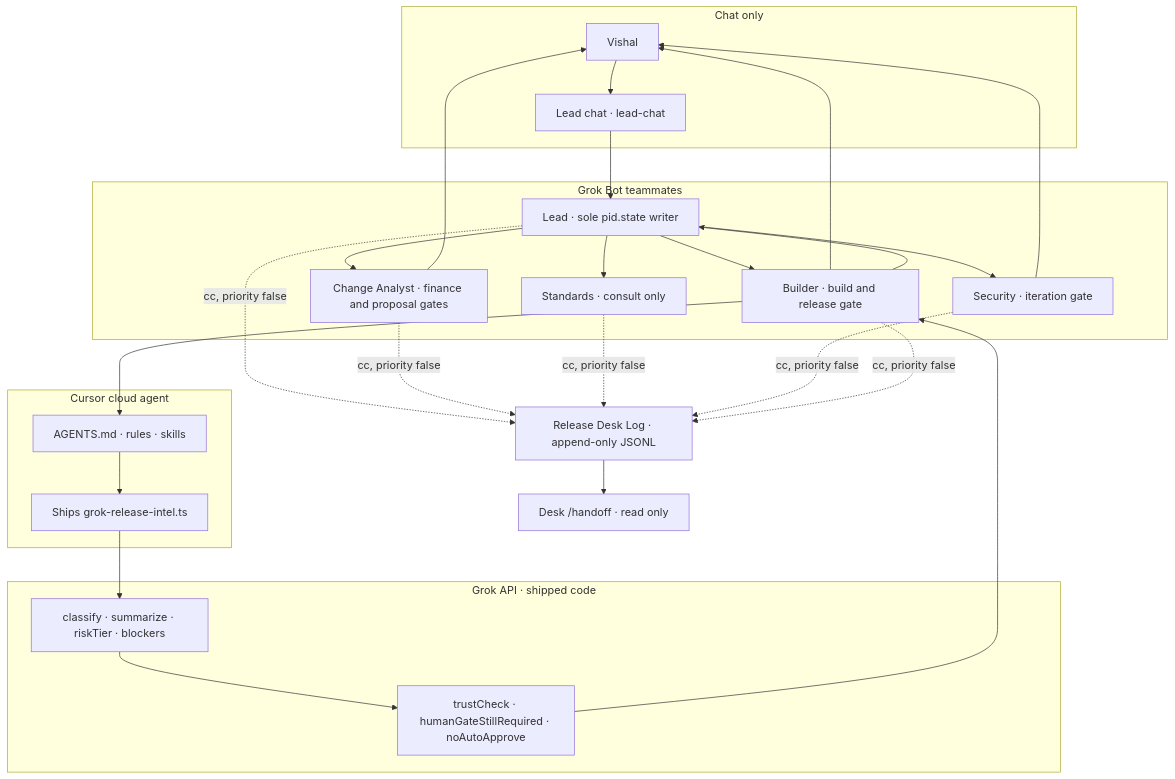
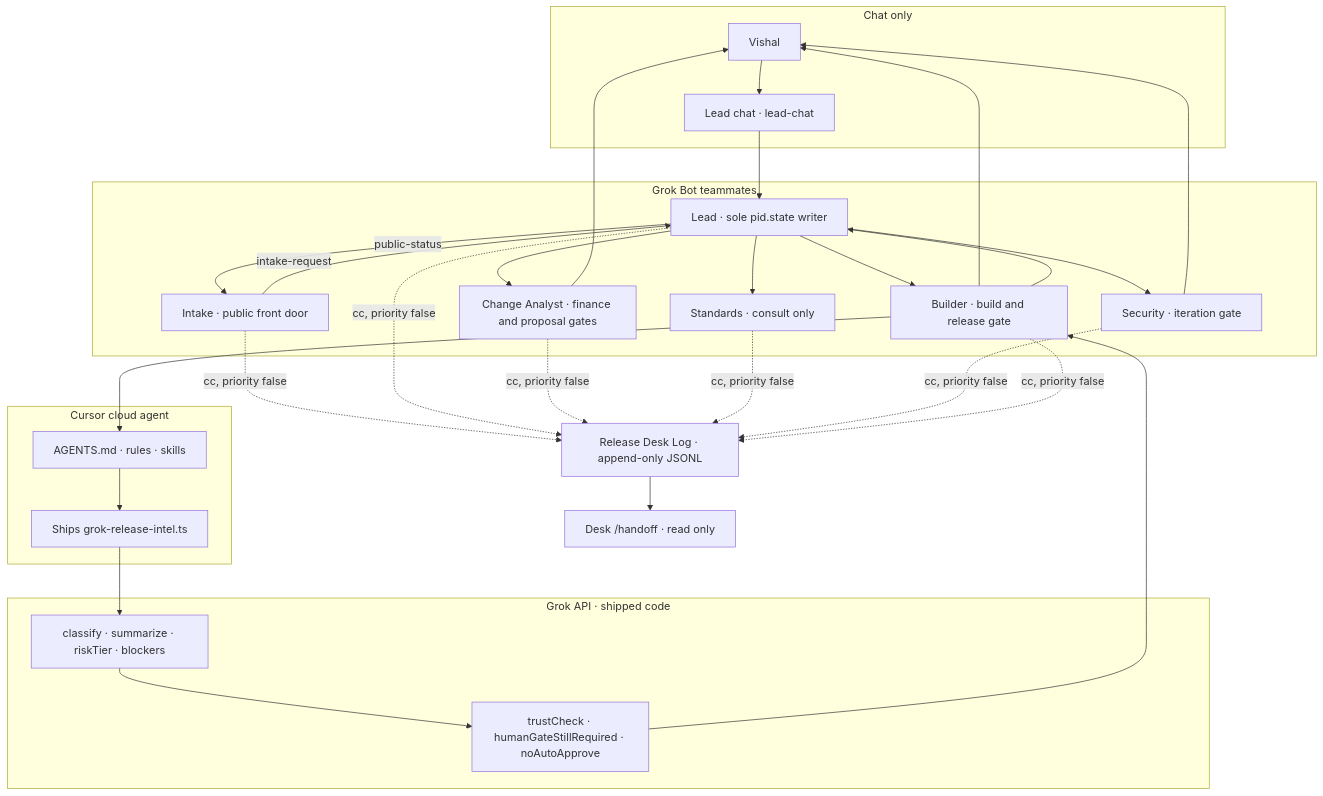
One commit to vishamathur/mvp-releasedesk changed the diagram in docs/spacexai-slide-2-architecture.md. Above: the diagram before and after it, drawn with Mermaid. The commit also changed other lines of this file and 33 other files, not shown here.

First line of the commit message:
feat: add Intake as the public front door to Lead

````diff
--- a/docs/spacexai-slide-2-architecture.md
+++ b/docs/spacexai-slide-2-architecture.md
@@ -17,37 +17,40 @@
 ```mermaid
 flowchart TB
   subgraph Chat["Chat only"]
     Vishal["Vishal"]
     Thread["Lead chat · lead-chat"]
   end
 
   subgraph Teammates["Grok Bot teammates"]
+    Intake["Intake · public front door"]
     Lead["Lead · sole pid.state writer"]
     CA["Change Analyst · finance and proposal gates"]
     Std["Standards · consult only"]
     Sec["Security · iteration gate"]
     Bld["Builder · build and release gate"]
   end
 
   Log["Release Desk Log · append-only JSONL"]
   Desk["Desk /handoff · read only"]
 
   subgraph CursorPath["Cursor cloud agent"]
     Rules["AGENTS.md · rules · skills"]
     Ship["Ships grok-release-intel.ts"]
   end
 
   subgraph GrokAPI["Grok API · shipped code"]
     Intel["classify · summarize · riskTier · blockers"]
     Trust["trustCheck · humanGateStillRequired · noAutoApprove"]
   end
 
   Vishal --> Thread --> Lead
+  Intake -->|"intake-request"| Lead
+  Lead -->|"public-status"| Intake
   Lead --> CA & Std & Sec & Bld
   CA & Sec & Bld --> Vishal
-  Lead & CA & Std & Sec & Bld -.->|cc, priority false| Log
+  Intake & Lead & CA & Std & Sec & Bld -.->|cc, priority false| Log
   Log --> Desk
   Bld --> Rules --> Ship --> Intel --> Trust
   Trust --> Bld
   Bld --> Lead
 ```
````
